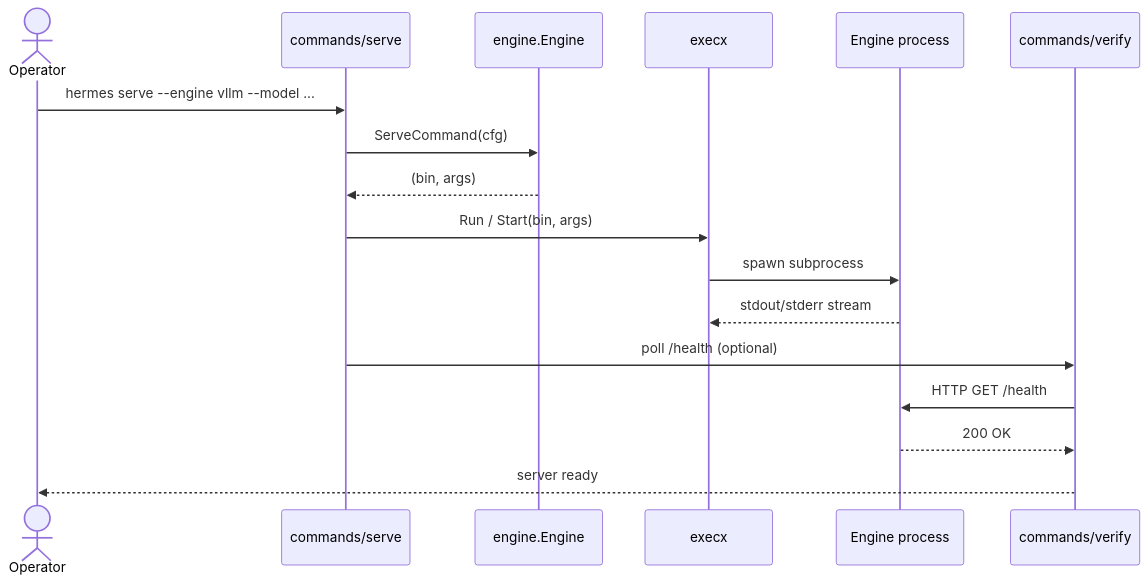
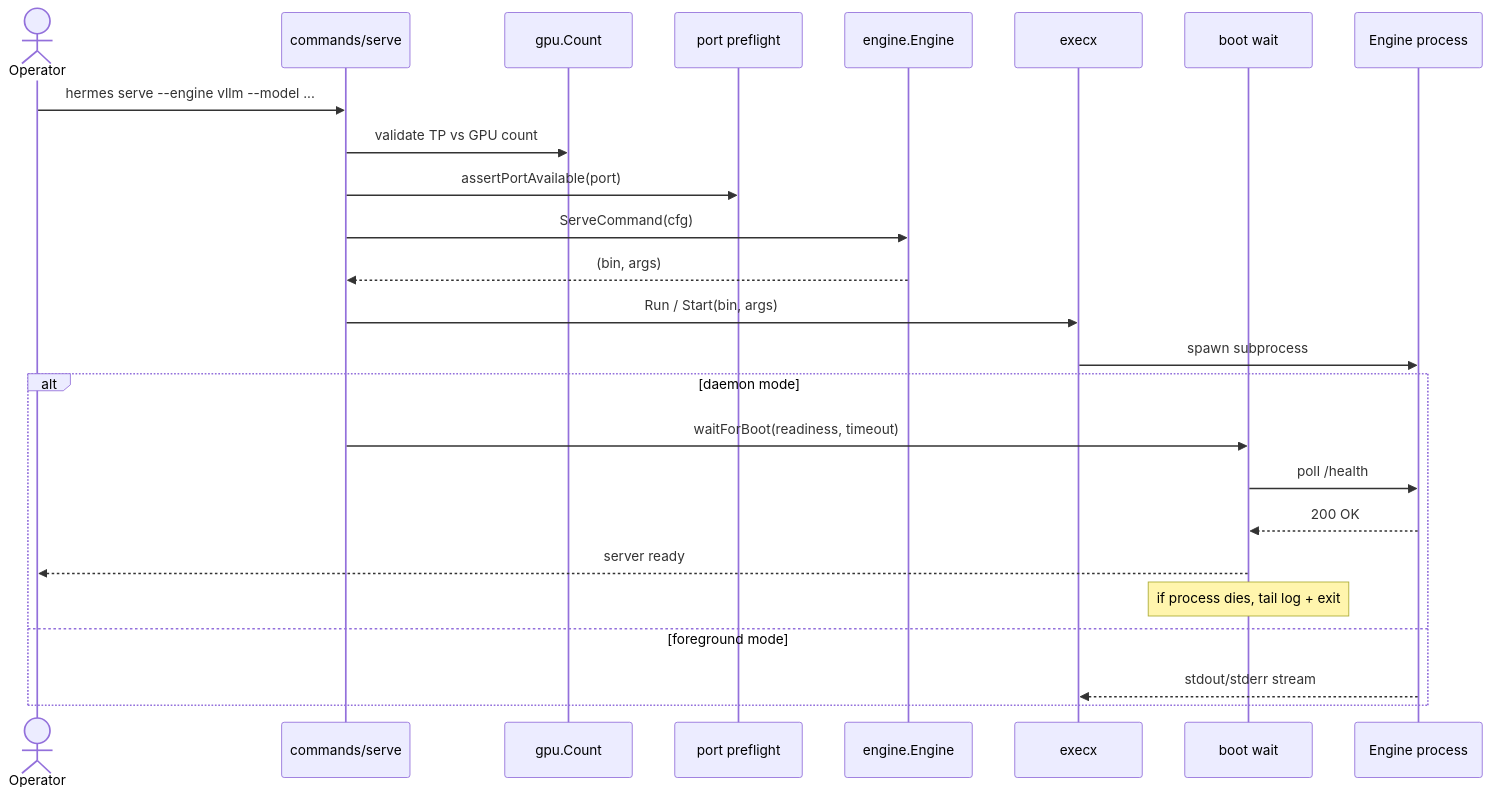
The fourth of 5 diagrams in docs/ARCHITECTURE.md (svngoku/hermes-cli), drawn with Mermaid before and after one commit. The commit also changed other lines of this file and 6 other files, not shown here.

First line of the commit message:
docs: adapt architecture, quality, reliability, and help text to new gpu/preflight/boot implementation

````diff
--- a/docs/ARCHITECTURE.md
+++ b/docs/ARCHITECTURE.md
@@ -107,20 +111,28 @@
 ```mermaid
 sequenceDiagram
     actor U as Operator
     participant C as commands/serve
+    participant G as gpu.Count
+    participant P as port preflight
     participant E as engine.Engine
     participant X as execx
-    participant P as Engine process
-    participant V as commands/verify
+    participant B as boot wait
+    participant Engine as Engine process
 
     U->>C: hermes serve --engine vllm --model ...
+    C->>G: validate TP vs GPU count
+    C->>P: assertPortAvailable(port)
     C->>E: ServeCommand(cfg)
     E-->>C: (bin, args)
     C->>X: Run / Start(bin, args)
-    X->>P: spawn subprocess
-    P-->>X: stdout/stderr stream
-    C->>V: poll /health (optional)
-    V->>P: HTTP GET /health
-    P-->>V: 200 OK
-    V-->>U: server ready
+    X->>Engine: spawn subprocess
+    alt daemon mode
+        C->>B: waitForBoot(readiness, timeout)
+        B->>Engine: poll /health
+        Engine-->>B: 200 OK
+        B-->>U: server ready
+        Note over B: if process dies, tail log + exit
+    else foreground mode
+        Engine-->>X: stdout/stderr stream
+    end
 ```
````
